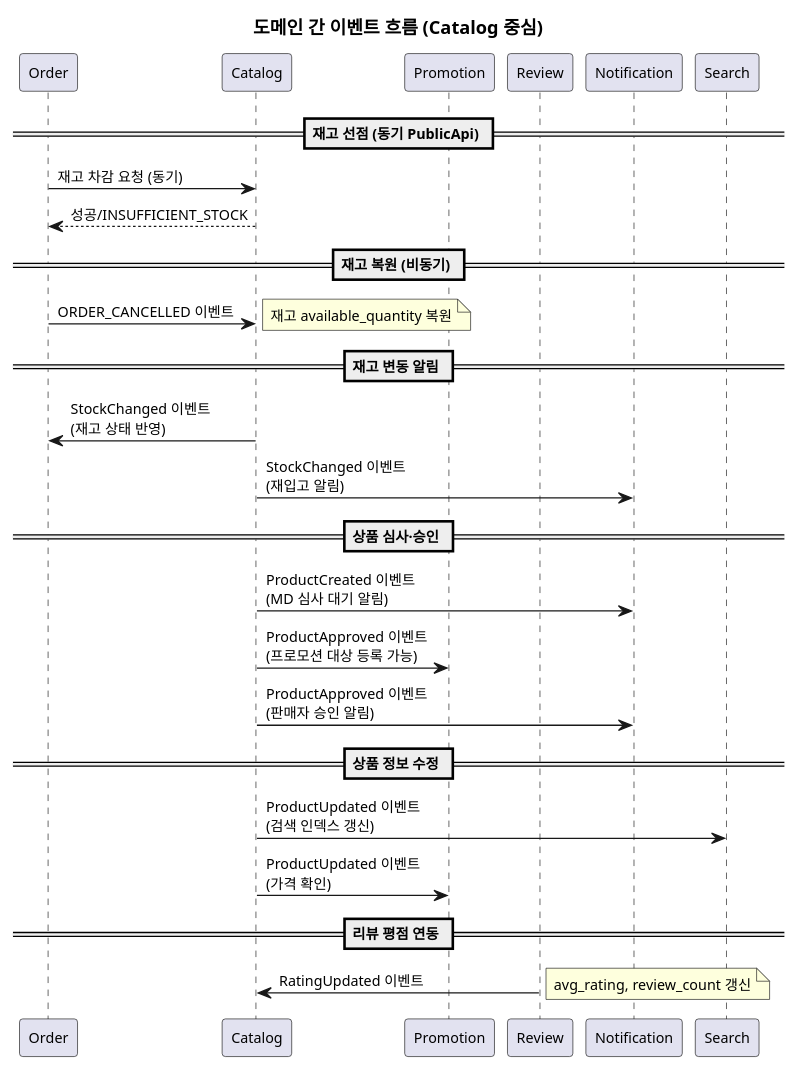
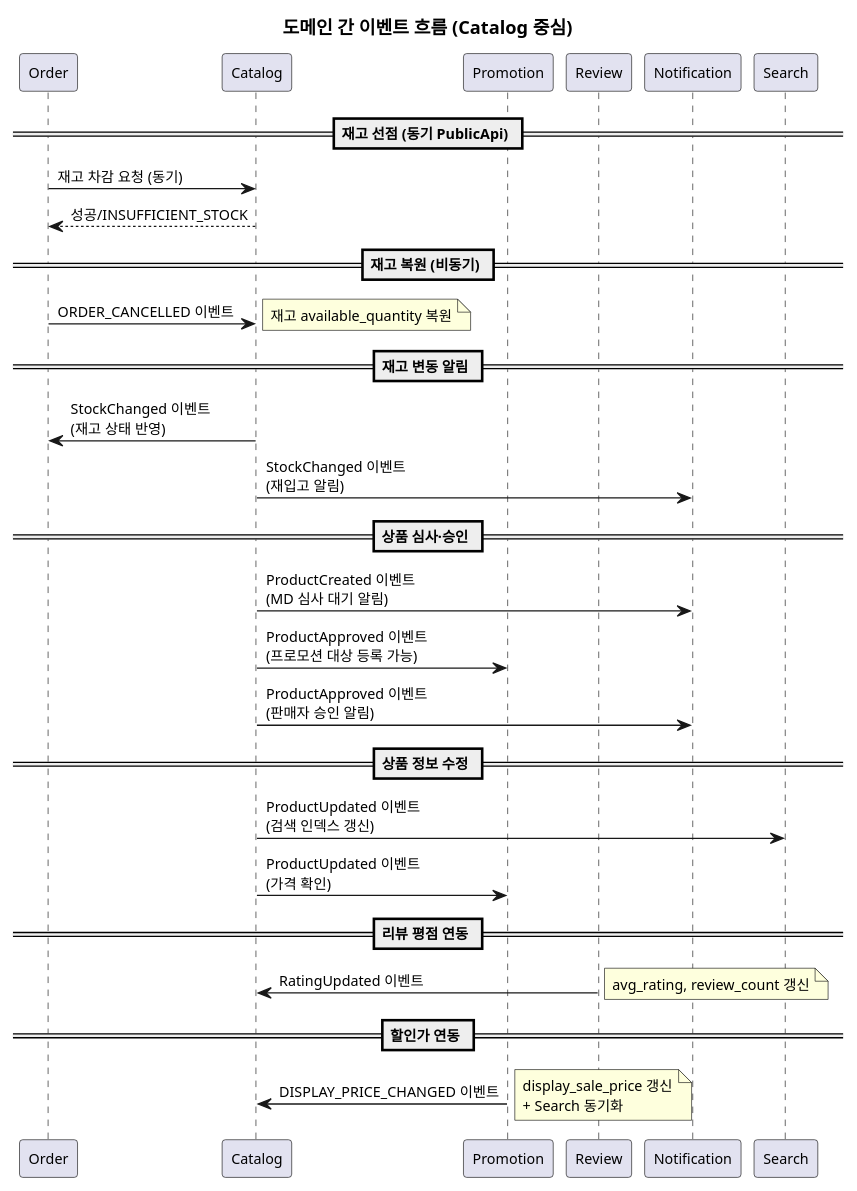
One commit to parknahyun/runNShop changed the diagram in docs/자산화-단계별/S2-구조설계/12-이벤트플로우(Catalog).md. Above: the diagram before and after it, drawn with PlantUML. The commit also changed other lines of this file and 7 other files, not shown here.

````diff
--- a/docs/자산화-단계별/S2-구조설계/12-이벤트플로우(Catalog).md
+++ b/docs/자산화-단계별/S2-구조설계/12-이벤트플로우(Catalog).md
@@ -40,40 +41,44 @@
 ```plantuml
 @startuml
 skinparam backgroundColor transparent
 skinparam defaultFontSize 11
 title 도메인 간 이벤트 흐름 (Catalog 중심)
 
 participant Order as ORD
 participant Catalog as CAT
 participant Promotion as PRO
 participant Review as REV
 participant Notification as NTF
 participant Search as SRC
 
 == 재고 선점 (동기 PublicApi) ==
 ORD -> CAT : 재고 차감 요청 (동기)
 CAT --> ORD : 성공/INSUFFICIENT_STOCK
 
 == 재고 복원 (비동기) ==
 ORD -> CAT : ORDER_CANCELLED 이벤트
 note right: 재고 available_quantity 복원
 
 == 재고 변동 알림 ==
 CAT -> ORD : StockChanged 이벤트\n(재고 상태 반영)
 CAT -> NTF : StockChanged 이벤트\n(재입고 알림)
 
 == 상품 심사·승인 ==
 CAT -> NTF : ProductCreated 이벤트\n(MD 심사 대기 알림)
 CAT -> PRO : ProductApproved 이벤트\n(프로모션 대상 등록 가능)
 CAT -> NTF : ProductApproved 이벤트\n(판매자 승인 알림)
 
 == 상품 정보 수정 ==
 CAT -> SRC : ProductUpdated 이벤트\n(검색 인덱스 갱신)
 CAT -> PRO : ProductUpdated 이벤트\n(가격 확인)
 
 == 리뷰 평점 연동 ==
 REV -> CAT : RatingUpdated 이벤트
 note right: avg_rating, review_count 갱신
 
+== 할인가 연동 ==
+PRO -> CAT : DISPLAY_PRICE_CHANGED 이벤트
+note right: display_sale_price 갱신\n+ Search 동기화
+
 @enduml
 ```
````
